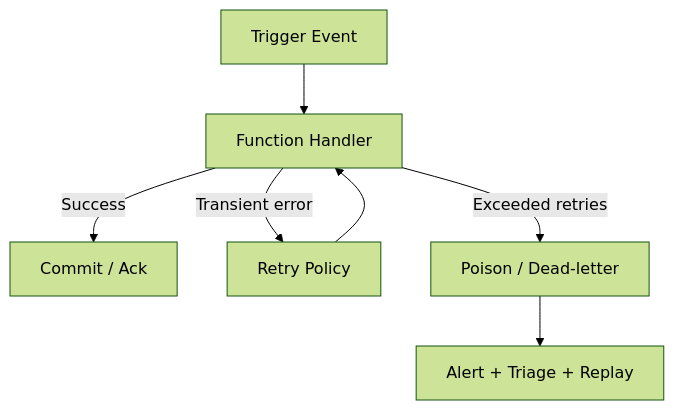
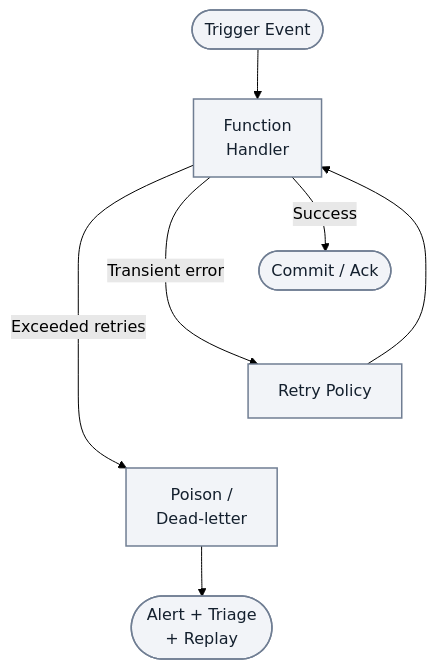
The fourth of 4 diagrams in docs/platform/reliability.md (yeongseon/azure-functions-practical-guide), drawn with Mermaid (forest theme) before and after one commit. The commit also changed other lines of this file and 3 other files, not shown here.

First line of the commit message:
docs(diagrams): migrate Functions reliability and retries — reliability and retries and poison handling and related pages (#423)

````diff
--- a/docs/platform/reliability.md
+++ b/docs/platform/reliability.md
@@ -403,9 +439,16 @@
 ```mermaid
 flowchart TD
-    In[Trigger Event] --> Fn[Function Handler]
-    Fn -->|Success| Ok["Commit / Ack"]
-    Fn -->|Transient error| Rt[Retry Policy]
+    accTitle: Reliability handling stages
+    accDescr: Illustrative logical flow from trigger event to function handler, success commitment, transient retry loop and exhausted-retry recovery with alerting, triage and replay. Recovery destinations depend on the trigger or application.
+    In(["Trigger Event"]) --> Fn["Function<br/>Handler"]
+    Fn -->|Success| Ok(["Commit / Ack"])
+    Fn -->|Transient error| Rt["Retry Policy"]
     Rt --> Fn
-    Fn -->|Exceeded retries| P["Poison / Dead-letter"]
-    P --> Ops[Alert + Triage + Replay]
+    Fn -->|Exceeded retries| P["Poison /<br/>Dead-letter"]
+    P --> Ops(["Alert + Triage<br/>+ Replay"])
+    %% Layout-only tiers add no handling steps or semantic arrows.
+    Ok ~~~ Rt
+    Rt ~~~ P
+    classDef neutral fill:#f2f4f8,stroke:#707e93,stroke-width:1.5px,color:#14202e;
+    class In,Fn,Ok,Rt,P,Ops neutral;
 ```
````
